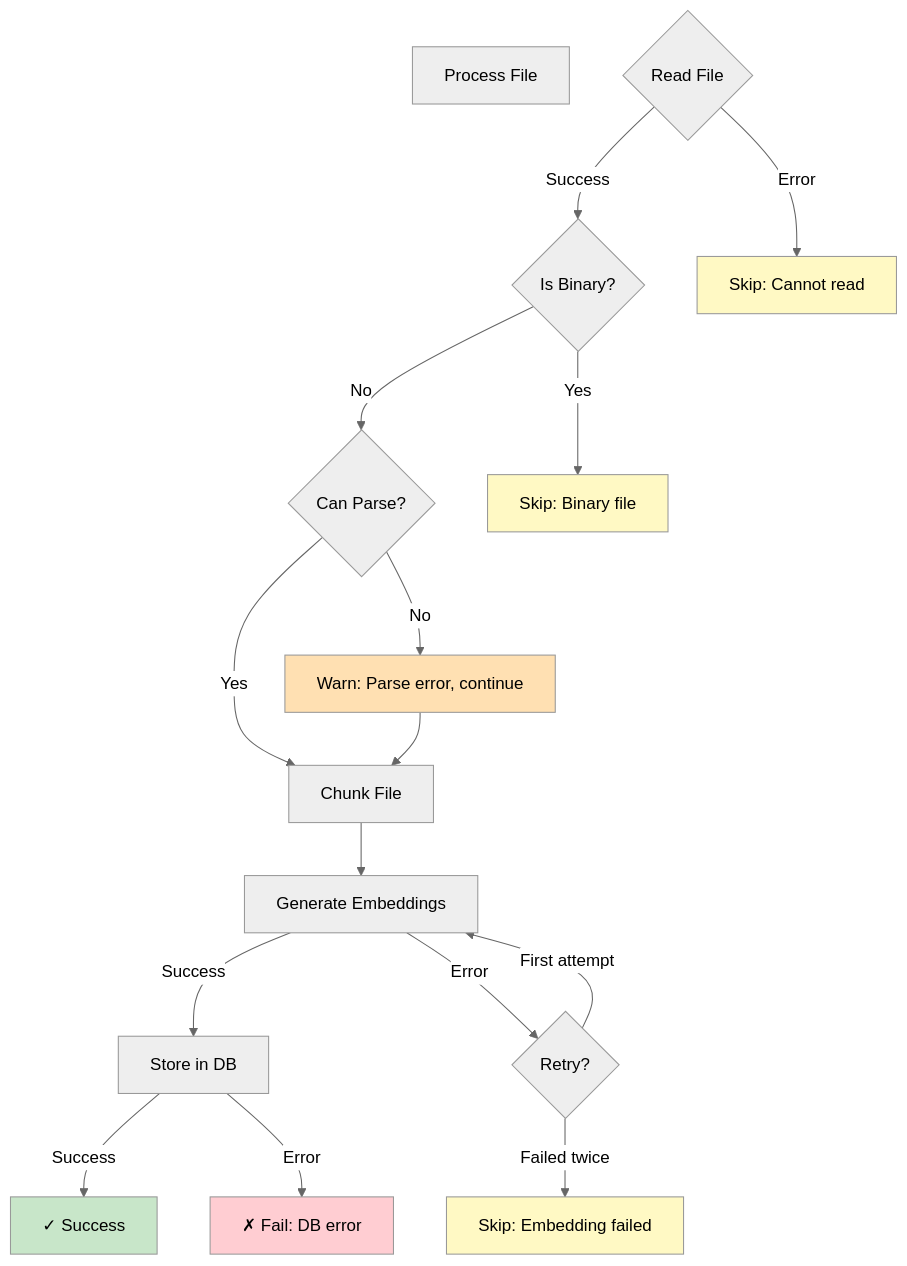
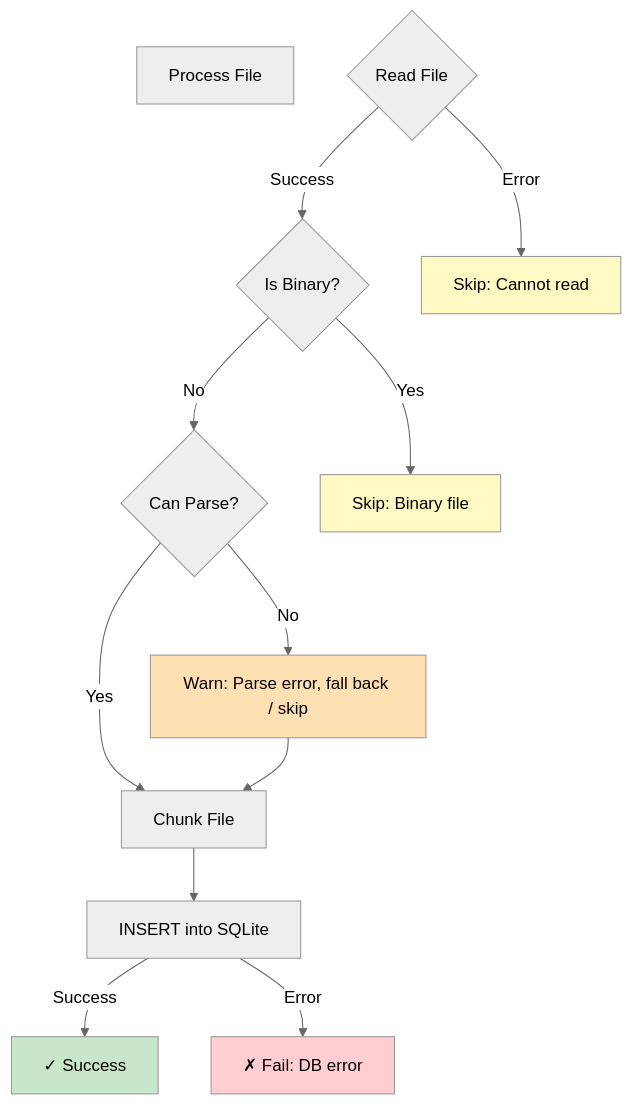
Before and after one commit to getlien/lien: the fifth of 5 diagrams in docs/architecture/indexing-flow.md, drawn with Mermaid (neutral theme). The commit also changed other lines of this file and 132 other files, not shown here.

````diff
--- a/docs/architecture/indexing-flow.md
+++ b/docs/architecture/indexing-flow.md
@@ -430,38 +350,30 @@
 ```mermaid
 flowchart TD
     START[Process File]
     READ{Read File}
     BINARY{Is Binary?}
     PARSE{Can Parse?}
     CHUNK[Chunk File]
-    EMBED[Generate Embeddings]
-    STORE[Store in DB]
+    STORE[INSERT into SQLite]
     SUCCESS[✓ Success]
-    
+
     READ -->|Success| BINARY
     READ -->|Error| SKIP1[Skip: Cannot read]
-    
+
     BINARY -->|No| PARSE
     BINARY -->|Yes| SKIP2[Skip: Binary file]
-    
+
     PARSE -->|Yes| CHUNK
-    PARSE -->|No| WARN[Warn: Parse error, continue]
+    PARSE -->|No| WARN[Warn: Parse error, fall back / skip]
     WARN --> CHUNK
-    
-    CHUNK --> EMBED
-    EMBED -->|Success| STORE
-    EMBED -->|Error| RETRY{Retry?}
-    
-    RETRY -->|First attempt| EMBED
-    RETRY -->|Failed twice| SKIP3[Skip: Embedding failed]
-    
+
+    CHUNK --> STORE
     STORE -->|Success| SUCCESS
     STORE -->|Error| FAIL[✗ Fail: DB error]
-    
+
     style SUCCESS fill:#c8e6c9
     style FAIL fill:#ffcdd2
     style SKIP1 fill:#fff9c4
     style SKIP2 fill:#fff9c4
-    style SKIP3 fill:#fff9c4
     style WARN fill:#ffe0b2
 ```
````
